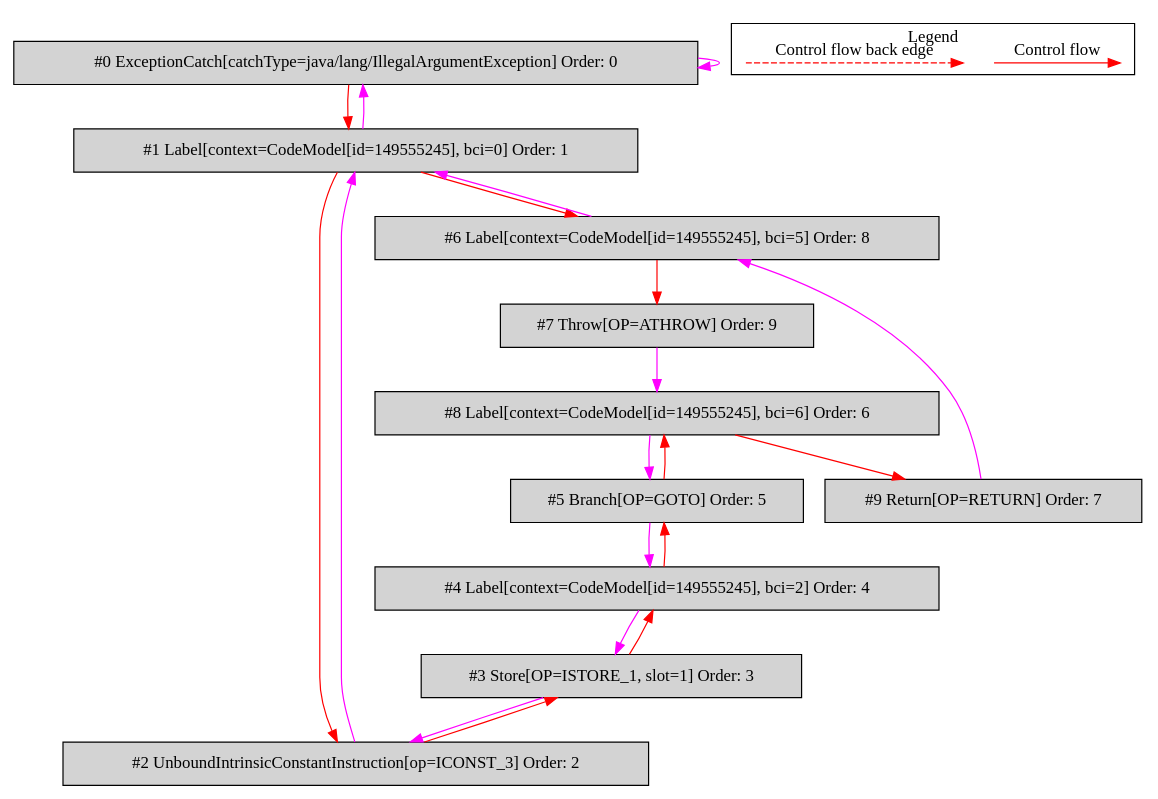
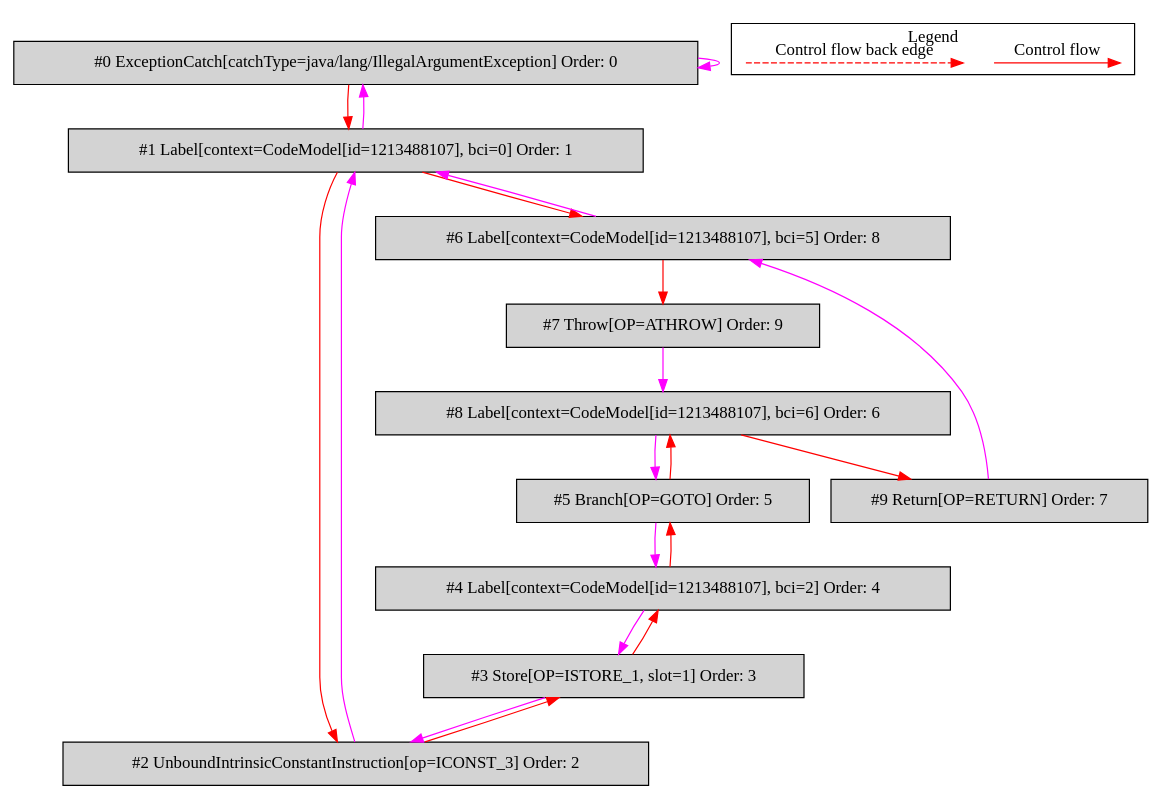
One commit to mirkosertic/MetaIR changed the diagram in de.mirkosertic.metair.ir.OpcodeTryCatchTest/test_SimpleCatch/bytecodecfg.dot. Above: the diagram before and after it, drawn with Graphviz. The commit also changed 1247 other files, not shown here.

```diff
--- a/de.mirkosertic.metair.ir.OpcodeTryCatchTest/test_SimpleCatch/bytecodecfg.dot
+++ b/de.mirkosertic.metair.ir.OpcodeTryCatchTest/test_SimpleCatch/bytecodecfg.dot
@@ -1,46 +1,46 @@
 digraph {
  ordering="in";
  node0[label="#0 ExceptionCatch[catchType=java/lang/IllegalArgumentException] Order: 0", shape=box, fillcolor=lightgrey, style=filled];
- node1[label="#1 Label[context=CodeModel[id=149555245], bci=0] Order: 1", shape=box, fillcolor=lightgrey, style=filled];
+ node1[label="#1 Label[context=CodeModel[id=1213488107], bci=0] Order: 1", shape=box, fillcolor=lightgrey, style=filled];
  node2[label="#2 UnboundIntrinsicConstantInstruction[op=ICONST_3] Order: 2", shape=box, fillcolor=lightgrey, style=filled];
  node3[label="#3 Store[OP=ISTORE_1, slot=1] Order: 3", shape=box, fillcolor=lightgrey, style=filled];
- node4[label="#4 Label[context=CodeModel[id=149555245], bci=2] Order: 4", shape=box, fillcolor=lightgrey, style=filled];
+ node4[label="#4 Label[context=CodeModel[id=1213488107], bci=2] Order: 4", shape=box, fillcolor=lightgrey, style=filled];
  node5[label="#5 Branch[OP=GOTO] Order: 5", shape=box, fillcolor=lightgrey, style=filled];
- node6[label="#6 Label[context=CodeModel[id=149555245], bci=5] Order: 8", shape=box, fillcolor=lightgrey, style=filled];
+ node6[label="#6 Label[context=CodeModel[id=1213488107], bci=5] Order: 8", shape=box, fillcolor=lightgrey, style=filled];
  node7[label="#7 Throw[OP=ATHROW] Order: 9", shape=box, fillcolor=lightgrey, style=filled];
- node8[label="#8 Label[context=CodeModel[id=149555245], bci=6] Order: 6", shape=box, fillcolor=lightgrey, style=filled];
+ node8[label="#8 Label[context=CodeModel[id=1213488107], bci=6] Order: 6", shape=box, fillcolor=lightgrey, style=filled];
  node9[label="#9 Return[OP=RETURN] Order: 7", shape=box, fillcolor=lightgrey, style=filled];
  node0 -> node0[color=fuchsia];
  node0 -> node1[color=red];
  node1 -> node0[color=fuchsia];
  node1 -> node2[color=red];
  node2 -> node1[color=fuchsia];
  node2 -> node3[color=red];
  node3 -> node2[color=fuchsia];
  node3 -> node4[color=red];
  node4 -> node3[color=fuchsia];
  node4 -> node5[color=red];
  node5 -> node4[color=fuchsia];
  node1 -> node6[color=red];
  node6 -> node1[color=fuchsia];
  node6 -> node7[color=red];
  node7 -> node8[color=fuchsia];
  node5 -> node8[color=red];
  node8 -> node5[color=fuchsia];
  node8 -> node9[color=red];
  node9 -> node6[color=fuchsia];
  subgraph cluster_000 {
   label = "Legend";
   node [shape=point]
   {
    rank=same;
    c0 [style = invis];
    c1 [style = invis];
    c2 [style = invis];
    c3 [style = invis];
   }
   c0 -> c1 [label="Control flow", style=solid, color=red]
   c2 -> c3 [label="Control flow back edge", style=dashed, color=red]
  }
 
 }
```
